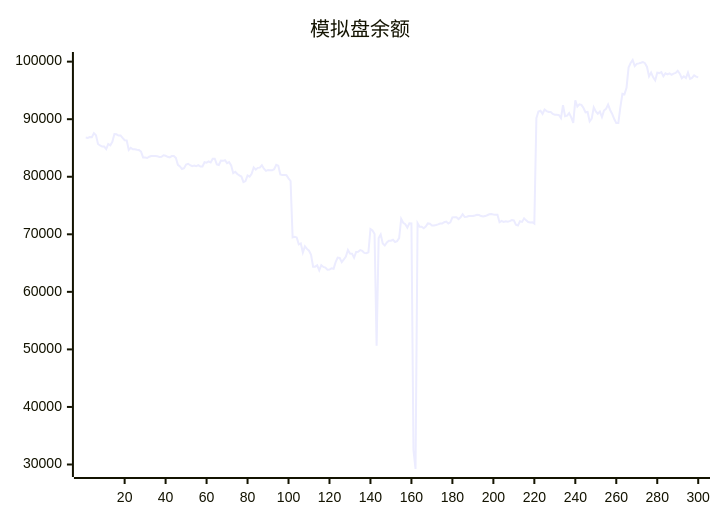
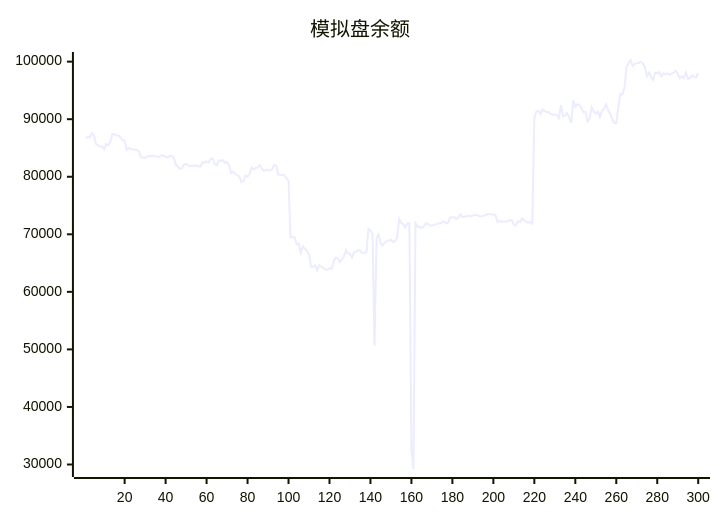
One commit to aahl/ai-trading changed the diagram in README.md. Above: the diagram before and after it, drawn with Mermaid. The commit also changed other lines of this file and 1 other file, not shown here.

````diff
--- a/README.md
+++ b/README.md
@@ -5,5 +5,5 @@
 ```mermaid
 xychart
     title "模拟盘余额"
-    line [86810,86740,86894,86884,87576,87209,85686,85435,85251,85255,84820,85689,85453,86066,87420,87373,87161,87178,86740,86341,86315,84643,85012,84772,84768,84690,84635,84376,83360,83357,83259,83474,83608,83606,83602,83548,83440,83454,83724,83644,83464,83365,83590,83592,83275,82072,81806,81344,81492,82109,82254,82006,81848,81955,81829,82022,81769,81776,82522,82441,82656,82498,83144,83144,82150,82038,82797,82763,82872,82367,82536,81981,80612,80862,80484,80242,80034,79063,79245,80226,80016,80507,81625,81233,81544,81578,82016,81401,81019,81186,81130,81118,81306,82066,81909,80392,80304,80291,80258,79729,79261,69466,69579,69456,68251,68415,66832,67911,67462,67144,66432,64380,64375,64606,63740,64647,64324,64216,63842,63877,64078,64008,65156,65945,65888,65157,65625,66144,67284,66653,66639,65924,66925,66956,67263,67108,66766,66729,66886,70927,70673,70049,50652,69334,69973,68400,68061,68578,68876,68879,69055,68662,68822,69329,72687,71999,71760,71162,71911,71896,32500,29218,71927,71297,71305,71044,71337,71883,71822,71536,71536,71622,71723,71880,71860,72100,72216,71887,72077,72940,72976,72966,72638,72948,73497,73004,73041,73173,73160,73186,73258,73375,73351,73173,73098,73161,73305,73474,73536,73457,73413,73412,72100,72333,72164,72272,72204,72285,72461,72421,71652,71521,72267,72157,72774,72424,72144,72060,72091,71858,90185,91338,91466,90900,91678,91404,91268,91244,90903,90779,90787,90721,90187,92429,90518,90619,91070,90328,89376,93286,92202,92581,92485,91947,91196,91259,89619,90086,92063,91355,90950,91327,90373,91498,91800,92531,91603,90910,90031,89351,89334,92097,94406,94315,95455,98972,99763,100286,99229,99622,99701,99805,99938,99738,99082,97430,98094,97267,96741,98081,98013,98194,97447,97983,97789,97969,97729,97911,98043,98405,97912,97120,97448,97154,98095,97021,97190,97616,97402,97263]
+    line [86740,86894,86884,87576,87209,85686,85435,85251,85255,84820,85689,85453,86066,87420,87373,87161,87178,86740,86341,86315,84643,85012,84772,84768,84690,84635,84376,83360,83357,83259,83474,83608,83606,83602,83548,83440,83454,83724,83644,83464,83365,83590,83592,83275,82072,81806,81344,81492,82109,82254,82006,81848,81955,81829,82022,81769,81776,82522,82441,82656,82498,83144,83144,82150,82038,82797,82763,82872,82367,82536,81981,80612,80862,80484,80242,80034,79063,79245,80226,80016,80507,81625,81233,81544,81578,82016,81401,81019,81186,81130,81118,81306,82066,81909,80392,80304,80291,80258,79729,79261,69466,69579,69456,68251,68415,66832,67911,67462,67144,66432,64380,64375,64606,63740,64647,64324,64216,63842,63877,64078,64008,65156,65945,65888,65157,65625,66144,67284,66653,66639,65924,66925,66956,67263,67108,66766,66729,66886,70927,70673,70049,50652,69334,69973,68400,68061,68578,68876,68879,69055,68662,68822,69329,72687,71999,71760,71162,71911,71896,32500,29218,71927,71297,71305,71044,71337,71883,71822,71536,71536,71622,71723,71880,71860,72100,72216,71887,72077,72940,72976,72966,72638,72948,73497,73004,73041,73173,73160,73186,73258,73375,73351,73173,73098,73161,73305,73474,73536,73457,73413,73412,72100,72333,72164,72272,72204,72285,72461,72421,71652,71521,72267,72157,72774,72424,72144,72060,72091,71858,90185,91338,91466,90900,91678,91404,91268,91244,90903,90779,90787,90721,90187,92429,90518,90619,91070,90328,89376,93286,92202,92581,92485,91947,91196,91259,89619,90086,92063,91355,90950,91327,90373,91498,91800,92531,91603,90910,90031,89351,89334,92097,94406,94315,95455,98972,99763,100286,99229,99622,99701,99805,99938,99738,99082,97430,98094,97267,96741,98081,98013,98194,97447,97983,97789,97969,97729,97911,98043,98405,97912,97120,97448,97154,98095,97021,97190,97616,97402,97263,98035]
 ```
````
